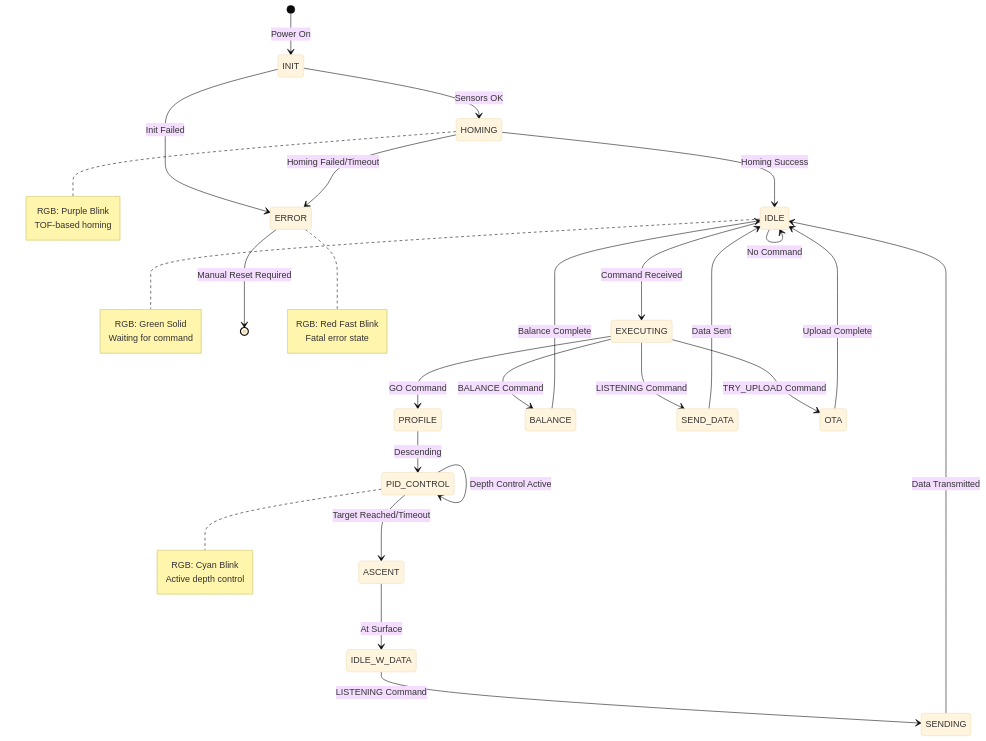
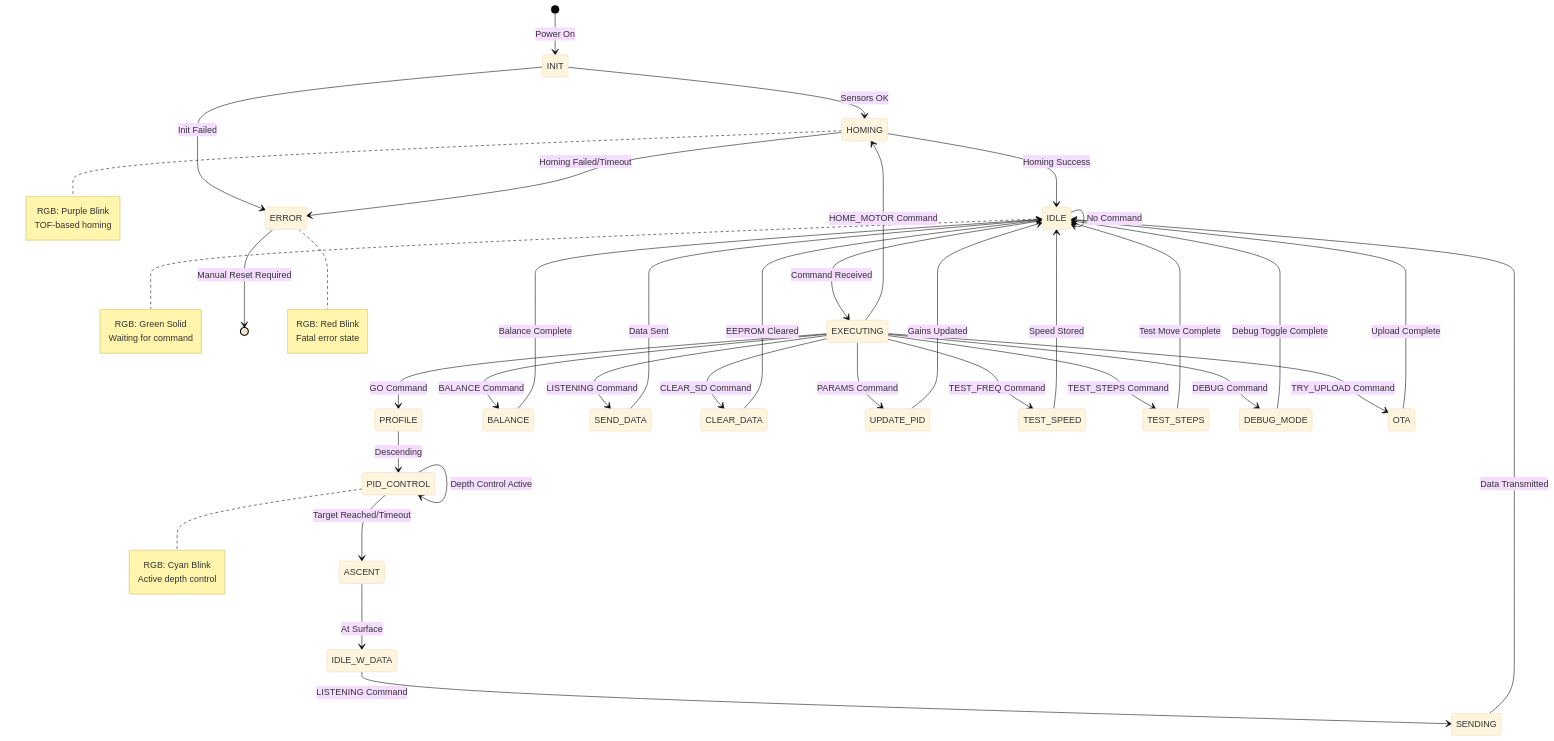
Before and after one commit to PoliTOcean/Float_2025: the second of 4 diagrams in README.md, drawn with Mermaid (base theme). The commit also changed other lines of this file and 14 other files, not shown here.

````diff
--- a/README.md
+++ b/README.md
@@ -212,52 +235,63 @@
 ```mermaid
 stateDiagram-v2
     [*] --> INIT: Power On
     
     INIT --> HOMING: Sensors OK
     INIT --> ERROR: Init Failed
     
     HOMING --> IDLE: Homing Success
     HOMING --> ERROR: Homing Failed/Timeout
     
     IDLE --> EXECUTING: Command Received
     IDLE --> IDLE: No Command
     
     EXECUTING --> PROFILE: GO Command
     EXECUTING --> BALANCE: BALANCE Command
     EXECUTING --> SEND_DATA: LISTENING Command
+    EXECUTING --> CLEAR_DATA: CLEAR_SD Command
+    EXECUTING --> UPDATE_PID: PARAMS Command
+    EXECUTING --> TEST_SPEED: TEST_FREQ Command
+    EXECUTING --> TEST_STEPS: TEST_STEPS Command
+    EXECUTING --> DEBUG_MODE: DEBUG Command
+    EXECUTING --> HOMING: HOME_MOTOR Command
     EXECUTING --> OTA: TRY_UPLOAD Command
     
     PROFILE --> PID_CONTROL: Descending
     PID_CONTROL --> PID_CONTROL: Depth Control Active
     PID_CONTROL --> ASCENT: Target Reached/Timeout
     ASCENT --> IDLE_W_DATA: At Surface
     
     BALANCE --> IDLE: Balance Complete
     SEND_DATA --> IDLE: Data Sent
+    CLEAR_DATA --> IDLE: EEPROM Cleared
+    UPDATE_PID --> IDLE: Gains Updated
+    TEST_SPEED --> IDLE: Speed Stored
+    TEST_STEPS --> IDLE: Test Move Complete
+    DEBUG_MODE --> IDLE: Debug Toggle Complete
     OTA --> IDLE: Upload Complete
     
     IDLE_W_DATA --> SENDING: LISTENING Command
     SENDING --> IDLE: Data Transmitted
     
     ERROR --> [*]: Manual Reset Required
     
     note right of IDLE
         RGB: Green Solid
         Waiting for command
     end note
     
     note right of HOMING
         RGB: Purple Blink
         TOF-based homing
     end note
     
     note right of PID_CONTROL
         RGB: Cyan Blink
         Active depth control
     end note
     
     note right of ERROR
-        RGB: Red Fast Blink
+        RGB: Red Blink
         Fatal error state
     end note
 ```
````
